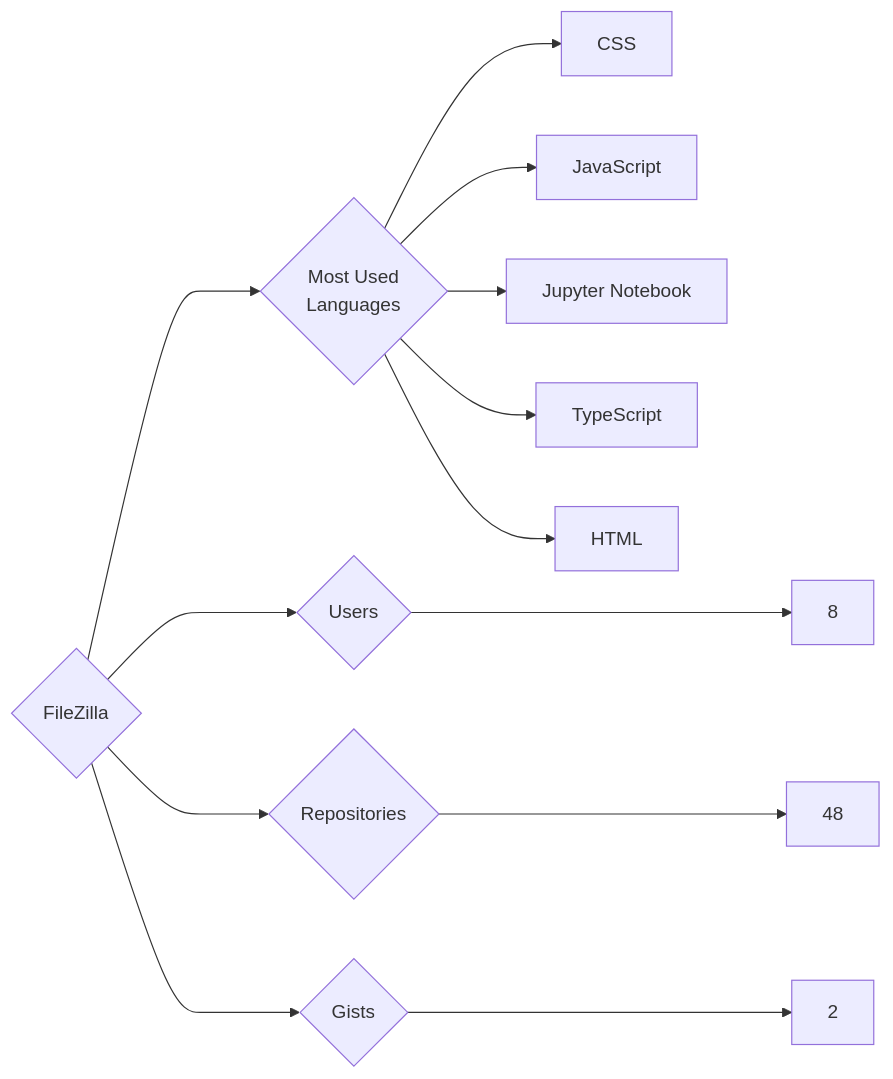
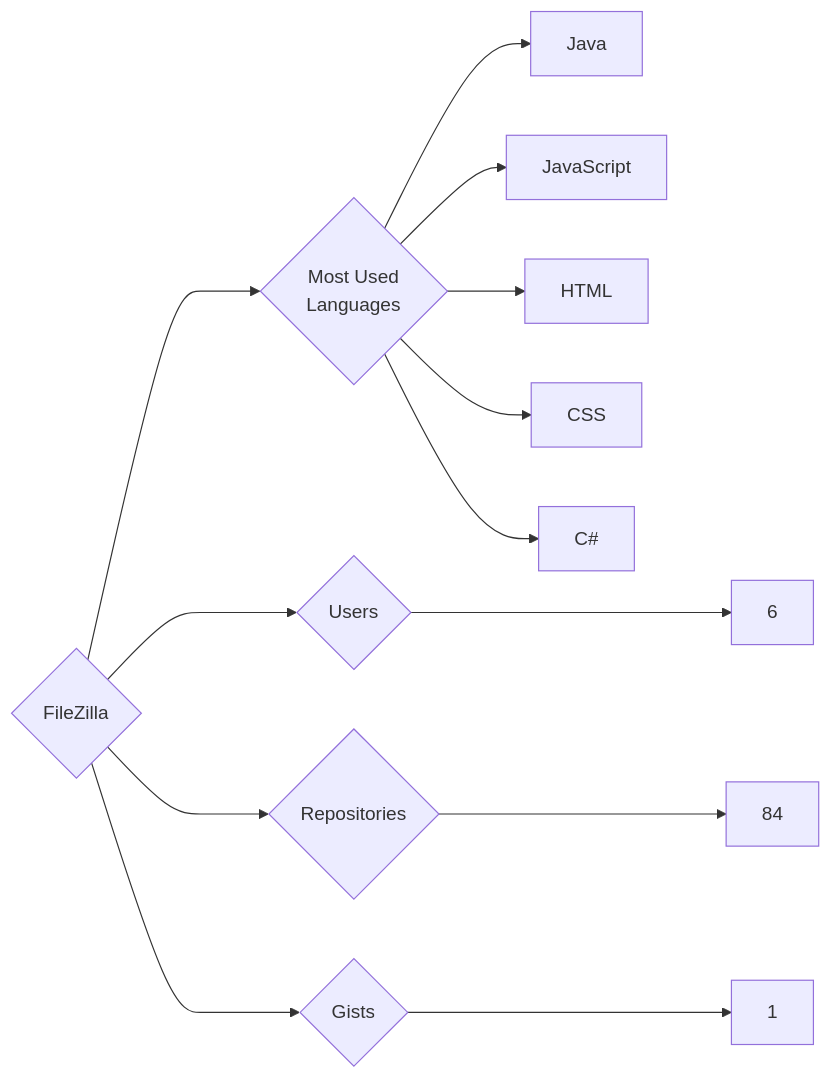
One commit to trickest/insiders changed the diagram in targets/FileZilla/README.md. Above: the diagram before and after it, drawn with Mermaid. The commit also changed 988 other files, not shown here.

````diff
--- a/targets/FileZilla/README.md
+++ b/targets/FileZilla/README.md
@@ -3,13 +3,13 @@
 ```mermaid
 graph LR
 COMPANY_NAME{FileZilla}
-COMPANY_NAME ---> U{Users} ---> UN[8]
-COMPANY_NAME ---> R{Repositories} ---> RN[48]
-COMPANY_NAME ---> G{Gists} ---> GN[2]
+COMPANY_NAME ---> U{Users} ---> UN[6]
+COMPANY_NAME ---> R{Repositories} ---> RN[84]
+COMPANY_NAME ---> G{Gists} ---> GN[1]
 COMPANY_NAME ---> ML{Most Used<br>Languages}
+ML --> Java[Java]
+ML --> JavaScript[JavaScript]
+ML --> HTML[HTML]
 ML --> CSS[CSS]
-ML --> JavaScript[JavaScript]
-ML --> Jupyter_Notebook[Jupyter Notebook]
-ML --> TypeScript[TypeScript]
-ML --> HTML[HTML]
+ML --> C#[C#]
 ```
````
